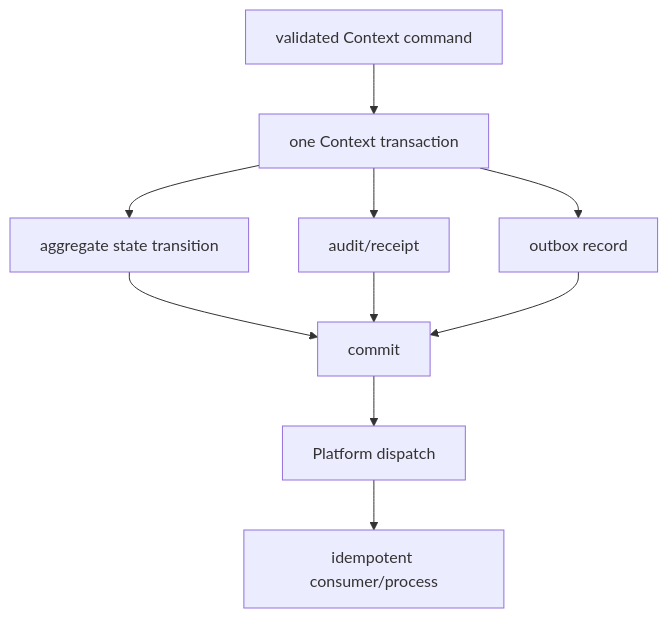
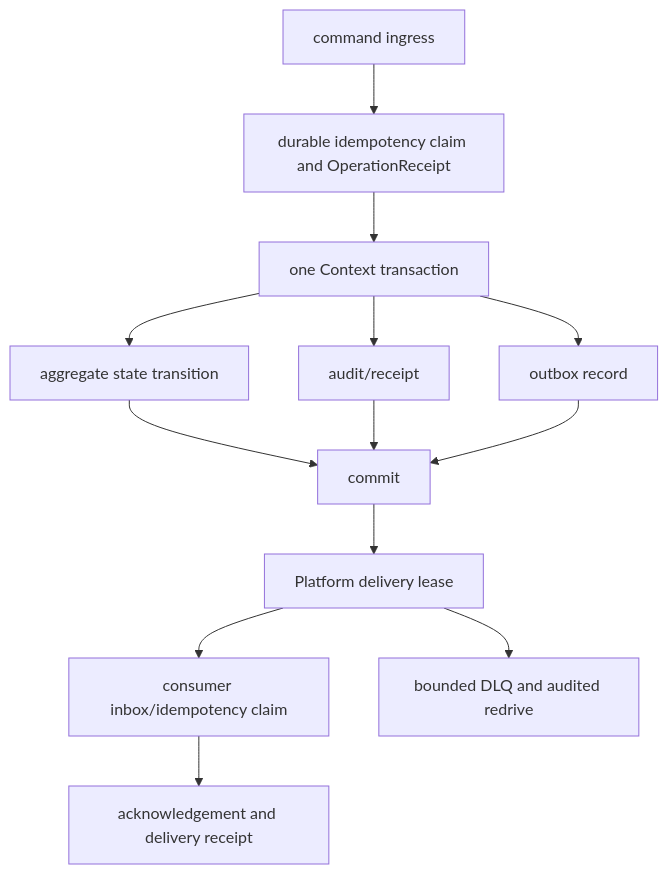
The seventh of 7 diagrams in openspec/changes/restructure-trade-architecture-v1/design.md (huanwei1208/trade), drawn with Mermaid before and after one commit. The commit also changed other lines of this file and 11 other files, not shown here.

First line of the commit message:
docs(architecture): resolve trade design review findings

````diff
--- a/openspec/changes/restructure-trade-architecture-v1/design.md
+++ b/openspec/changes/restructure-trade-architecture-v1/design.md
@@ -714,12 +794,15 @@
 ```mermaid
 flowchart TD
-  Cmd[validated Context command] --> Tx[one Context transaction]
+  Cmd[command ingress] --> Ingress[durable idempotency claim and OperationReceipt]
+  Ingress --> Tx[one Context transaction]
   Tx --> Agg[aggregate state transition]
   Tx --> Audit[audit/receipt]
   Tx --> Outbox[outbox record]
   Agg --> Commit[commit]
   Audit --> Commit
   Outbox --> Commit
-  Commit --> Dispatch[Platform dispatch]
-  Dispatch --> Dedup[idempotent consumer/process]
+  Commit --> Lease[Platform delivery lease]
+  Lease --> Inbox[consumer inbox/idempotency claim]
+  Inbox --> Ack[acknowledgement and delivery receipt]
+  Lease --> DLQ[bounded DLQ and audited redrive]
 ```
````
